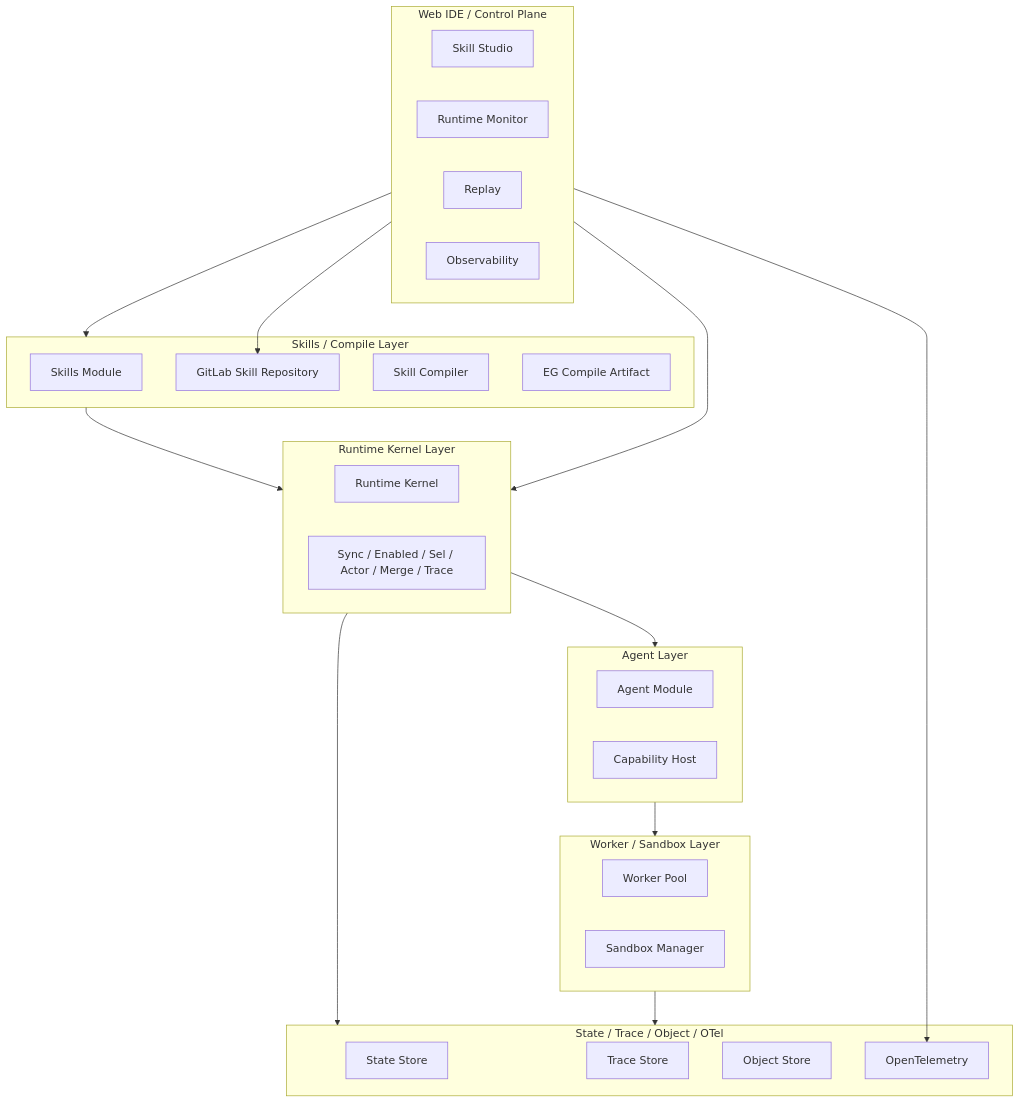
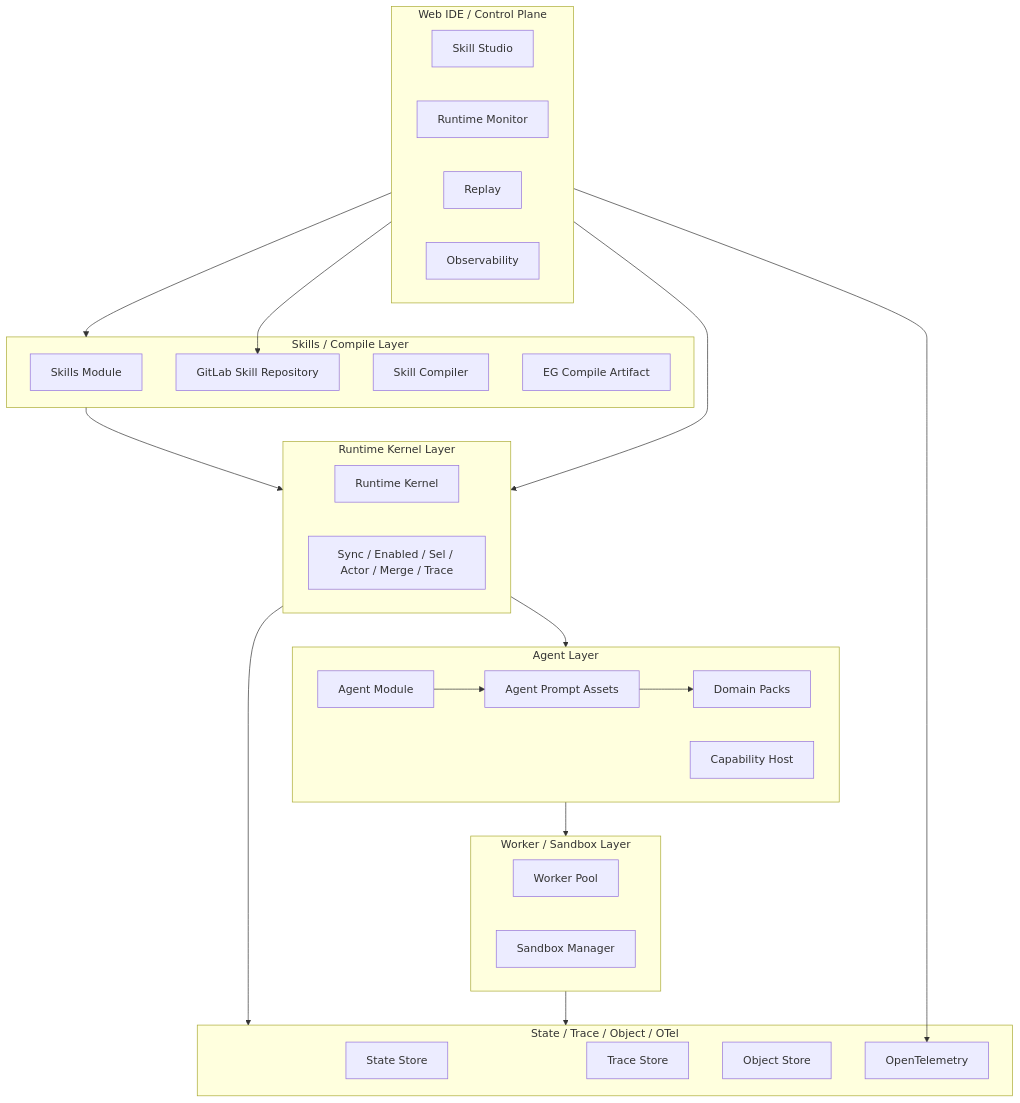
The diagram in docs/PSOP概要设计v1.md (servforce/psop), drawn with Mermaid before and after one commit. The commit also changed other lines of this file and 86 other files, not shown here.

Commit message:
Implement PSOP MVP flow and static UI updates

````diff
--- a/docs/PSOP概要设计v1.md
+++ b/docs/PSOP概要设计v1.md
@@ -86,48 +87,52 @@
 ```mermaid
 flowchart TB
     subgraph Web["Web IDE / Control Plane"]
         SkillStudio["Skill Studio"]
         RuntimeUI["Runtime Monitor"]
         ReplayUI["Replay"]
         ObsUI["Observability"]
     end
 
     subgraph Authoring["Skills / Compile Layer"]
         SkillRepo["Skills Module"]
         GitLabRepo["GitLab Skill Repository"]
         Compiler["Skill Compiler"]
         EGArtifact["EG Compile Artifact"]
     end
 
     subgraph Runtime["Runtime Kernel Layer"]
         RuntimeKernel["Runtime Kernel"]
         Scheduler["Sync / Enabled / Sel / Actor / Merge / Trace"]
     end
 
     subgraph Agents["Agent Layer"]
         AgentModule["Agent Module"]
         CapabilityHost["Capability Host"]
+        PromptAssets["Agent Prompt Assets"]
+        DomainPacks["Domain Packs"]
     end
 
     subgraph Exec["Worker / Sandbox Layer"]
         WorkerPool["Worker Pool"]
         SandboxMgr["Sandbox Manager"]
     end
 
     subgraph Store["State / Trace / Object / OTel"]
         StateStore["State Store"]
         TraceStore["Trace Store"]
         ObjectStore["Object Store"]
         OTel["OpenTelemetry"]
     end
 
     Web --> Authoring
     Authoring --> Runtime
     Web --> Runtime
     Web --> GitLabRepo
     Runtime --> Agents
+    AgentModule --> PromptAssets
+    PromptAssets --> DomainPacks
     Agents --> Exec
     Runtime --> Store
     Exec --> Store
     Web --> OTel
 ```
````
